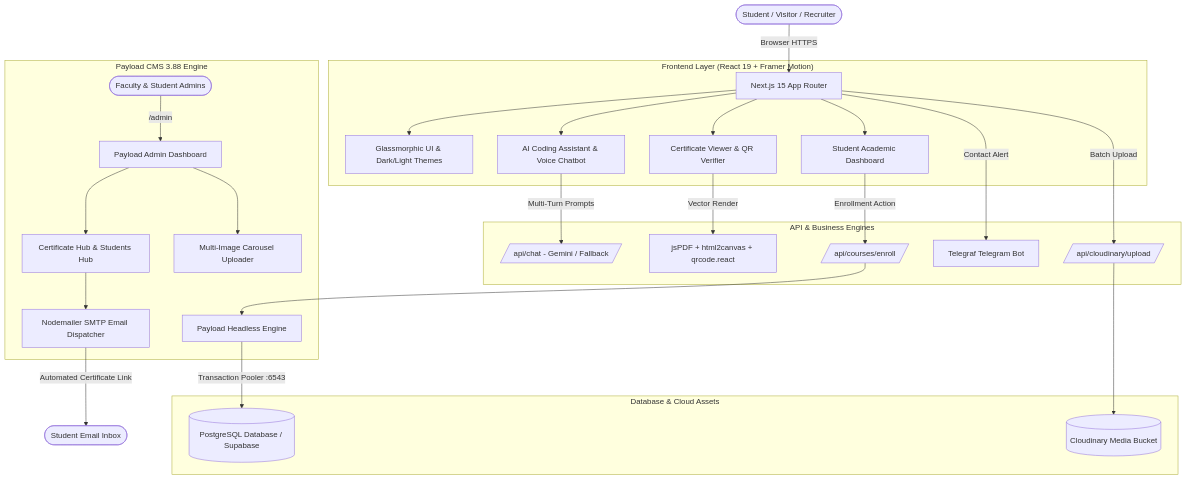
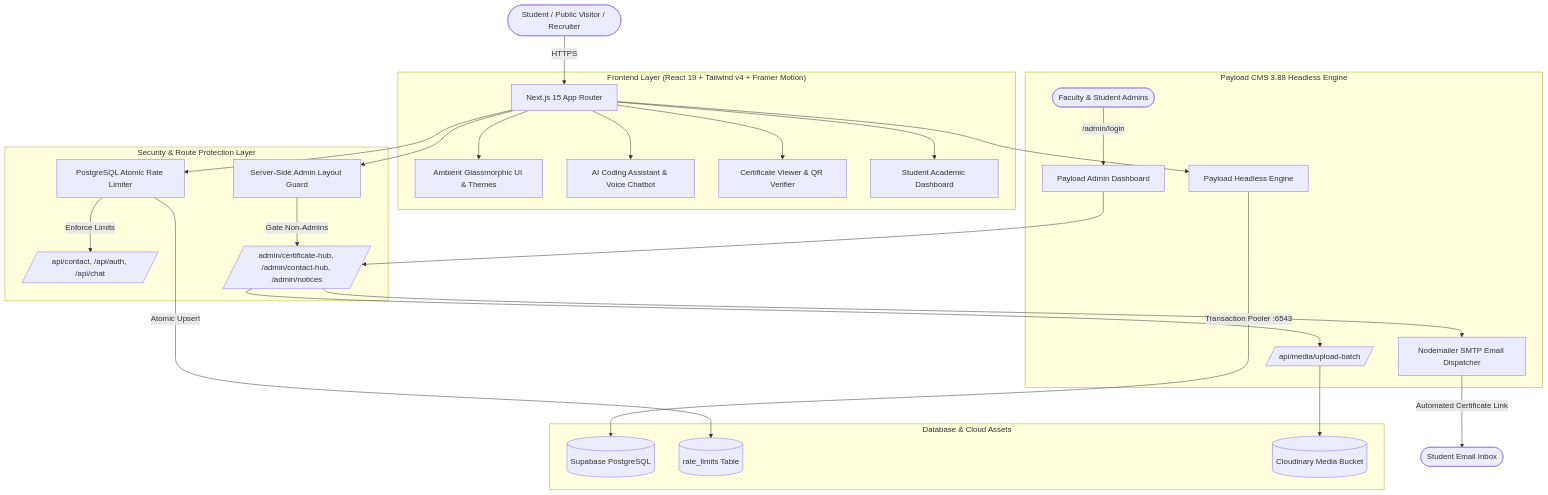
One commit to CodingClubCUH/Codingclubcuh changed the diagram in README.md. Above: the diagram before and after it, drawn with Mermaid. The commit also changed other lines of this file, not shown here.

Commit message:
docs: update README with architecture, security hardening, and admin hub details

````diff
--- a/README.md
+++ b/README.md
@@ -125,34 +126,34 @@
 ```mermaid
 graph TD
-    User([Student / Visitor / Recruiter]) -->|Browser HTTPS| NextApp[Next.js 15 App Router]
+    User([Student / Public Visitor / Recruiter]) -->|HTTPS| NextApp[Next.js 15 App Router]
     
-    subgraph Frontend ["Frontend Layer (React 19 + Framer Motion)"]
-        NextApp --> GlassUI[Glassmorphic UI & Dark/Light Themes]
+    subgraph Frontend ["Frontend Layer (React 19 + Tailwind v4 + Framer Motion)"]
+        NextApp --> GlassUI[Ambient Glassmorphic UI & Themes]
         NextApp --> ChatWidget[AI Coding Assistant & Voice Chatbot]
         NextApp --> CertViewer[Certificate Viewer & QR Verifier]
         NextApp --> StudentPortal[Student Academic Dashboard]
     end
 
-    subgraph APILayer ["API & Business Engines"]
-        ChatWidget -->|Multi-Turn Prompts| ChatRoute[/api/chat - Gemini / Fallback/]
-        CertViewer -->|Vector Render| PDFEngine[jsPDF + html2canvas + qrcode.react]
-        StudentPortal -->|Enrollment Action| EnrollRoute[/api/courses/enroll/]
-        NextApp -->|Contact Alert| TelegrafBot[Telegraf Telegram Bot]
-        NextApp -->|Batch Upload| CloudinaryAPI[/api/cloudinary/upload/]
+    subgraph SecurityLayer ["Security & Route Protection Layer"]
+        NextApp --> RateLimiter[PostgreSQL Atomic Rate Limiter]
+        NextApp --> AdminLayout[Server-Side Admin Layout Guard]
+        RateLimiter -->|Enforce Limits| PublicAPIs[/api/contact, /api/auth, /api/chat/]
+        AdminLayout -->|Gate Non-Admins| AdminPages[/admin/certificate-hub, /admin/contact-hub, /admin/notices/]
     end
 
-    subgraph Backend ["Payload CMS 3.88 Engine"]
-        AdminUser([Faculty & Student Admins]) -->|/admin| AdminPanel[Payload Admin Dashboard]
-        AdminPanel --> CertHub[Certificate Hub & Students Hub]
-        AdminPanel --> MultiUpload[Multi-Image Carousel Uploader]
-        EnrollRoute --> PayloadCore[Payload Headless Engine]
-        CertHub --> SMTPEngine[Nodemailer SMTP Email Dispatcher]
+    subgraph Backend ["Payload CMS 3.88 Headless Engine"]
+        AdminUser([Faculty & Student Admins]) -->|/admin/login| AdminPanel[Payload Admin Dashboard]
+        AdminPanel --> AdminPages
+        AdminPages --> BatchUpload[/api/media/upload-batch/]
+        AdminPages --> SMTPEngine[Nodemailer SMTP Email Dispatcher]
+        NextApp --> PayloadCore[Payload Headless Engine]
     end
 
     subgraph DataStorage ["Database & Cloud Assets"]
-        PayloadCore -->|Transaction Pooler :6543| SupabaseDB[(PostgreSQL Database / Supabase)]
-        CloudinaryAPI --> CloudinaryCDN[(Cloudinary Media Bucket)]
+        PayloadCore -->|Transaction Pooler :6543| SupabaseDB[(Supabase PostgreSQL)]
+        RateLimiter -->|Atomic Upsert| RateLimitsTable[(rate_limits Table)]
+        BatchUpload --> CloudinaryCDN[(Cloudinary Media Bucket)]
     end
 
     SMTPEngine -->|Automated Certificate Link| StudentEmail([Student Email Inbox])
 ```
````
